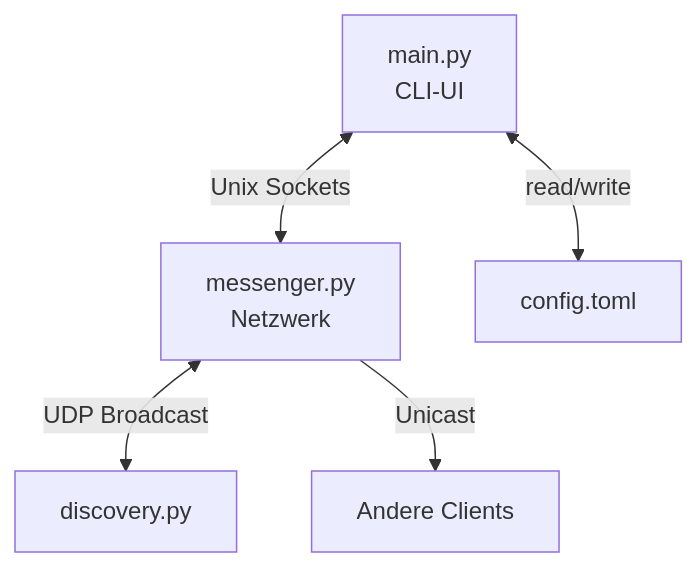
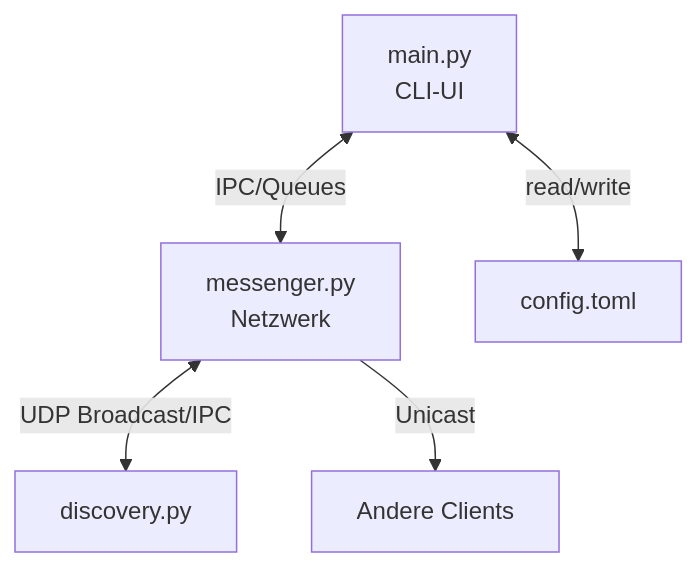
Before and after one commit to Woah-Nolde/P2PChat: the diagram in src/docs/README.md, drawn with Mermaid. The commit also changed other lines of this file and 4 other files, not shown here.

````diff
--- a/src/docs/README.md
+++ b/src/docs/README.md
@@ -39,7 +39,7 @@
 ```mermaid
 graph TD
-    A[main.py\nCLI-UI] <-->|Unix Sockets| B[messenger.py\nNetzwerk]
-    B <-->|UDP Broadcast| C[discovery.py]
+    A[main.py\nCLI-UI] <-->|IPC/Queues| B[messenger.py\nNetzwerk]
+    B <-->|UDP Broadcast/IPC| C[discovery.py]
     B -->|Unicast| D[Andere Clients]
     A <-->|read/write| E[config.toml]
 ```
````
